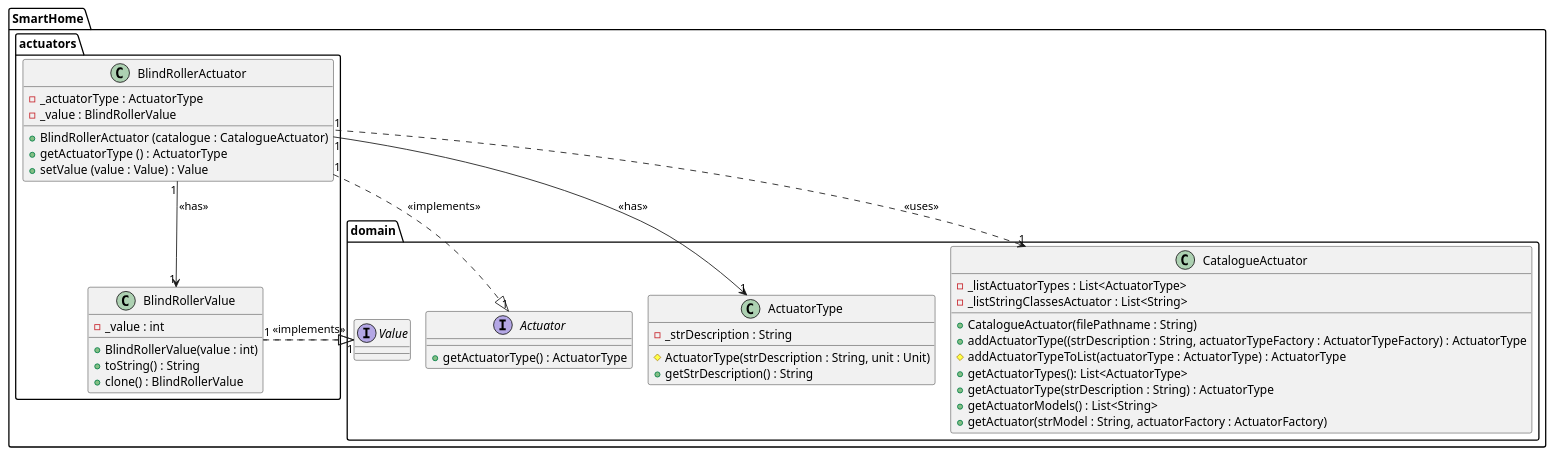
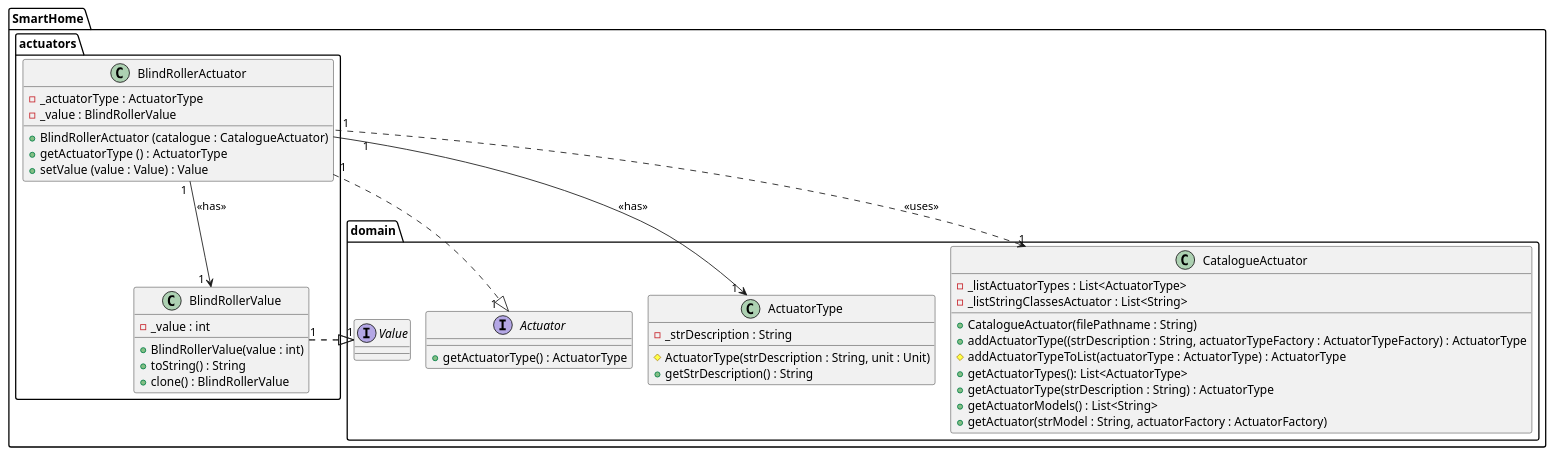
One commit to olivDiogo/SmartHome changed the diagram in docs/userStories/us014/classDiagram.puml. Above: the diagram before and after it, drawn with PlantUML.

Commit message:
#59 Update ClassDiagram US14

```diff
--- a/docs/userStories/us014/classDiagram.puml
+++ b/docs/userStories/us014/classDiagram.puml
@@ -1,70 +1,70 @@
 @startuml
 !pragma layout smetana
 
 package SmartHome.actuators {
 
     class BlindRollerActuator {
         'Attributes'
         - _actuatorType : ActuatorType
         - _value : BlindRollerValue
 
         'Methods'
         +BlindRollerActuator (catalogue : CatalogueActuator)
         +getActuatorType () : ActuatorType
         +setValue (value : Value) : Value
     }
 
     class BlindRollerValue implements SmartHome.domain.Value {
         'Attributes'
         -_value : int
 
         'Methods'
         +BlindRollerValue(value : int)
         +toString() : String
         +clone() : BlindRollerValue
     }
 
 }
 
 package SmartHome.domain {
 
     interface Actuator {
         'Methods'
         + getActuatorType() : ActuatorType
     }
 
     class ActuatorType {
     'Attributes'
     -_strDescription : String
 
     'Methods'
     #ActuatorType(strDescription : String, unit : Unit)
     + getStrDescription() : String
     }
 
     interface Value {
     }
 
     class CatalogueActuator {
     'Attributes'
     - _listActuatorTypes : List<ActuatorType>
     - _listStringClassesActuator : List<String>
 
     'Methods'
     +CatalogueActuator(filePathname : String)
     +addActuatorType((strDescription : String, actuatorTypeFactory : ActuatorTypeFactory) : ActuatorType
     #addActuatorTypeToList(actuatorType : ActuatorType) : ActuatorType
     +getActuatorTypes(): List<ActuatorType>
     +getActuatorType(strDescription : String) : ActuatorType
     +getActuatorModels() : List<String>
     +getActuator(strModel : String, actuatorFactory : ActuatorFactory)
     }
 }
 
-SmartHome.actuators.BlindRollerActuator "1" ..|> "1" SmartHome.domain.Actuator : <<implements>>
-SmartHome.actuators.BlindRollerActuator "1" --> "1" SmartHome.domain.ActuatorType : <<has>>
-SmartHome.actuators.BlindRollerActuator "1" --> "1" SmartHome.actuators.BlindRollerValue : <<has>>
-SmartHome.domain.CatalogueActuator "1" <.. "1" SmartHome.actuators.BlindRollerActuator : <<uses>>
-SmartHome.actuators.BlindRollerValue "1" ..|> "1" SmartHome.domain.Value : <<implements>>
+SmartHome.actuators.BlindRollerActuator "  1" ..|> "1    " SmartHome.domain.Actuator
+SmartHome.actuators.BlindRollerActuator "          1" --> "1   " SmartHome.domain.ActuatorType : <<has>>
+SmartHome.actuators.BlindRollerActuator "1 " --> "1  " SmartHome.actuators.BlindRollerValue : <<has>>
+SmartHome.domain.CatalogueActuator "1" <.. "   1" SmartHome.actuators.BlindRollerActuator : <<uses>>
+SmartHome.actuators.BlindRollerValue "1" ..|> "1" SmartHome.domain.Value
 
 @enduml
```
